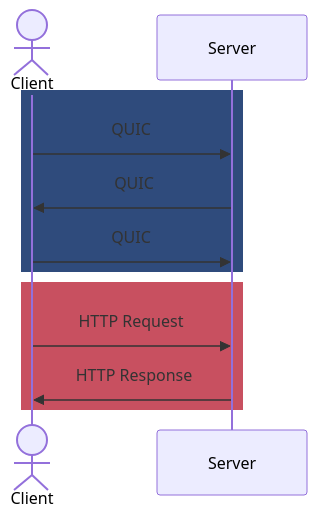
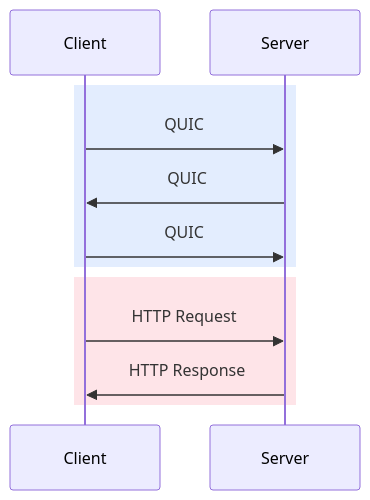
The second of 3 diagrams in content/posts/2024/grpc-over-http3/index.md (sudorandom/kmcd.dev), drawn with Mermaid before and after one commit. The commit also changed other lines of this file and 24 other files, not shown here.

````diff
--- a/content/posts/2024/grpc-over-http3/index.md
+++ b/content/posts/2024/grpc-over-http3/index.md
@@ -67,15 +68,16 @@
 ```mermaid
 sequenceDiagram
-	    actor Client
+    participant Client
+    participant Server
 
-    rect rgb(47,75,124)
+    rect rgba(59, 130, 246, 0.14)
         Client ->> Server: QUIC
         Server ->> Client: QUIC
         Client ->> Server: QUIC
     end
 
-    rect rgb(200,80,96)
+    rect rgba(244, 63, 94, 0.14)
         Client ->> Server: HTTP Request
         Server ->> Client: HTTP Response
     end
 ```
````
